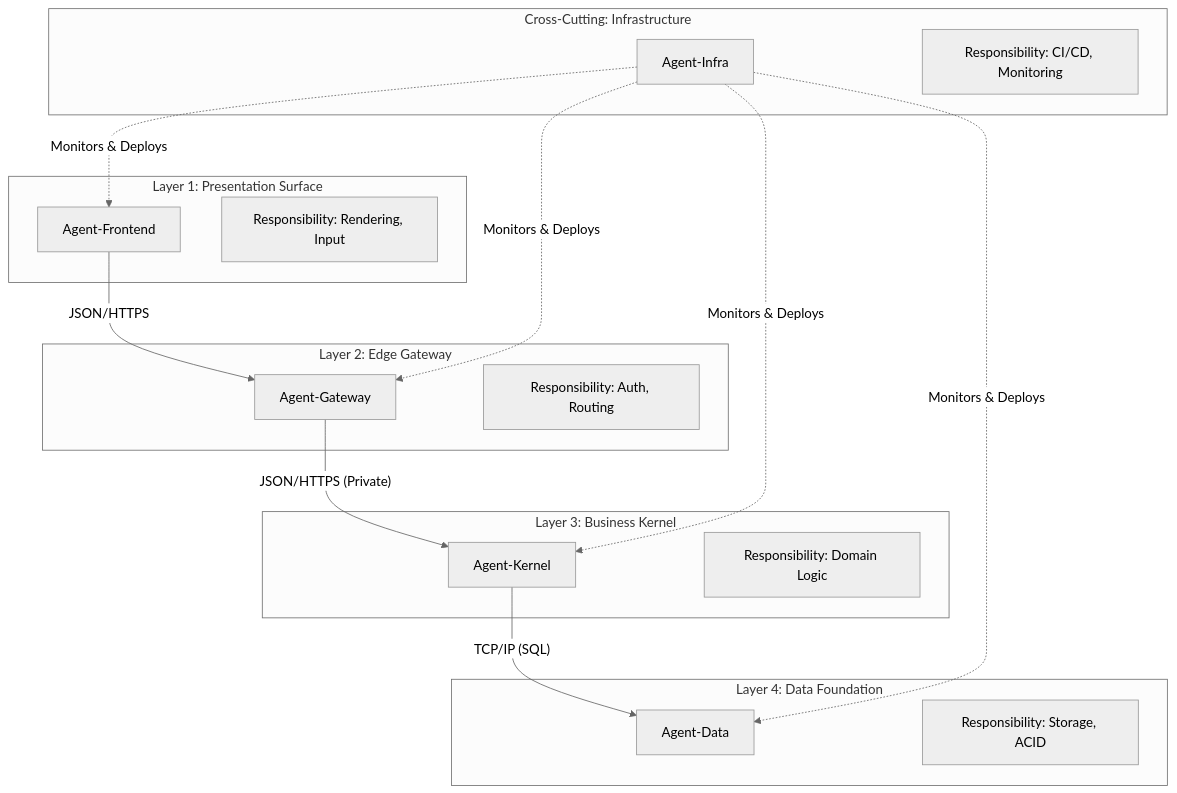
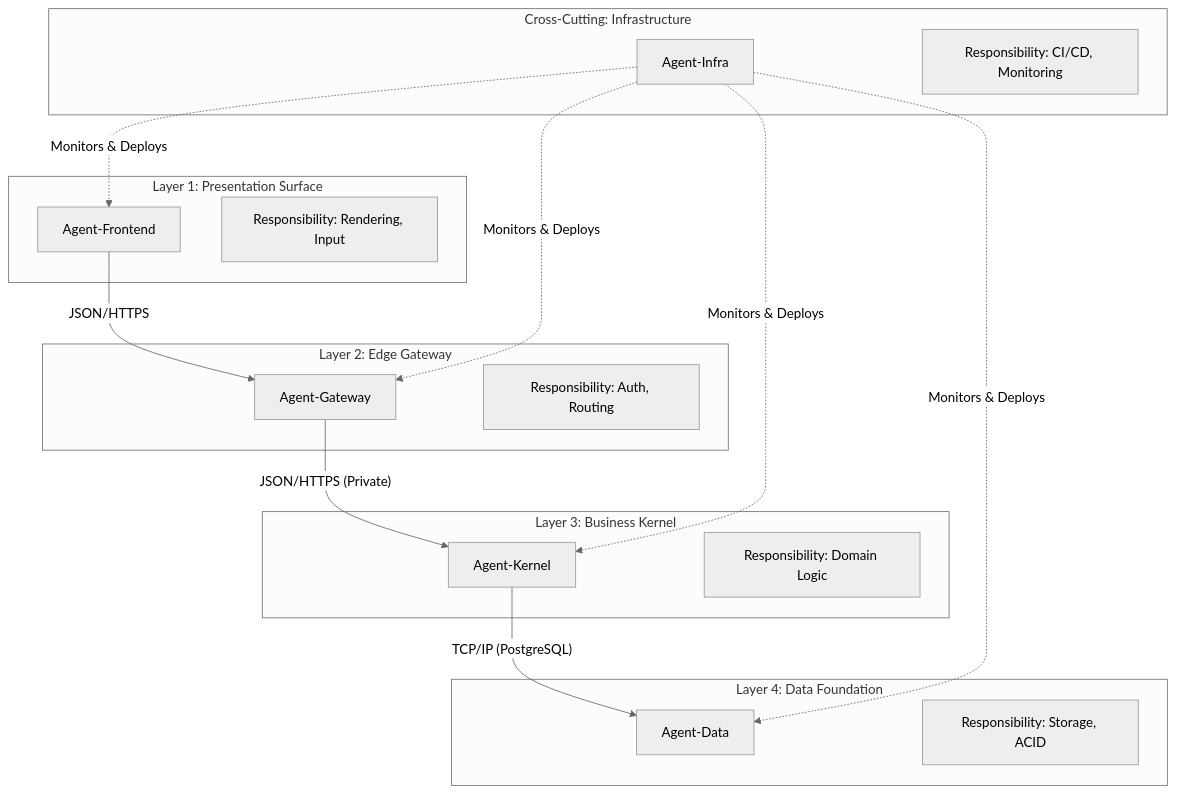
The diagram in docs/Unified_Agent_Specifications.md (momomozakiki/Ez4u), drawn with Mermaid (neutral theme) before and after one commit. The commit also changed other lines of this file and 2 other files, not shown here.

````diff
--- a/docs/Unified_Agent_Specifications.md
+++ b/docs/Unified_Agent_Specifications.md
@@ -20,35 +20,35 @@
 ```mermaid
 graph TD
     subgraph "Layer 1: Presentation Surface"
         UI[Agent-Frontend]
         note1[Responsibility: Rendering, Input]
     end
 
     subgraph "Layer 2: Edge Gateway"
         GW[Agent-Gateway]
         note2[Responsibility: Auth, Routing]
     end
 
     subgraph "Layer 3: Business Kernel"
         BK[Agent-Kernel]
         note3[Responsibility: Domain Logic]
     end
 
     subgraph "Layer 4: Data Foundation"
         DF[Agent-Data]
         note4[Responsibility: Storage, ACID]
     end
 
     subgraph "Cross-Cutting: Infrastructure"
         INF[Agent-Infra]
         note6[Responsibility: CI/CD, Monitoring]
     end
 
     UI -- "JSON/HTTPS" --> GW
     GW -- "JSON/HTTPS (Private)" --> BK
-    BK -- "TCP/IP (SQL)" --> DF
+    BK -- "TCP/IP (PostgreSQL)" --> DF
     INF -. "Monitors & Deploys" .-> UI
     INF -. "Monitors & Deploys" .-> GW
     INF -. "Monitors & Deploys" .-> BK
     INF -. "Monitors & Deploys" .-> DF
 ```
````
